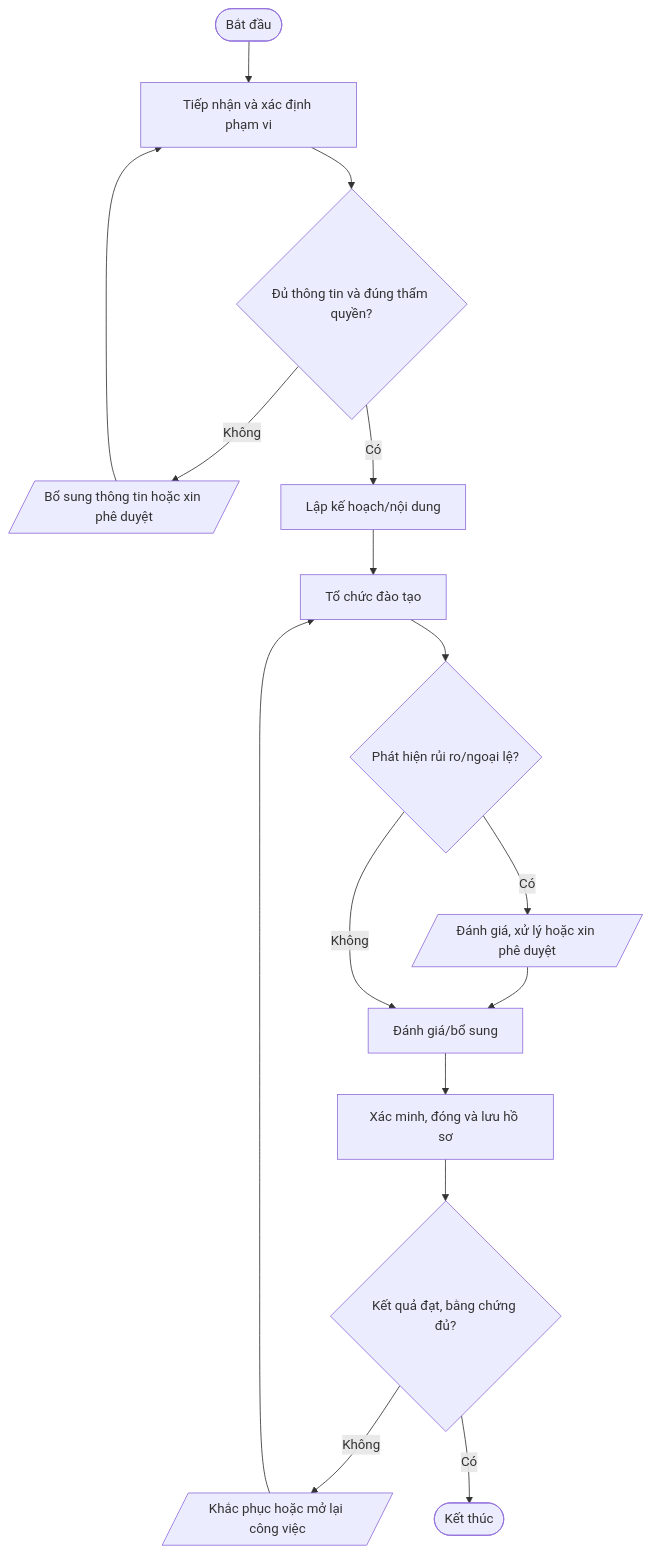
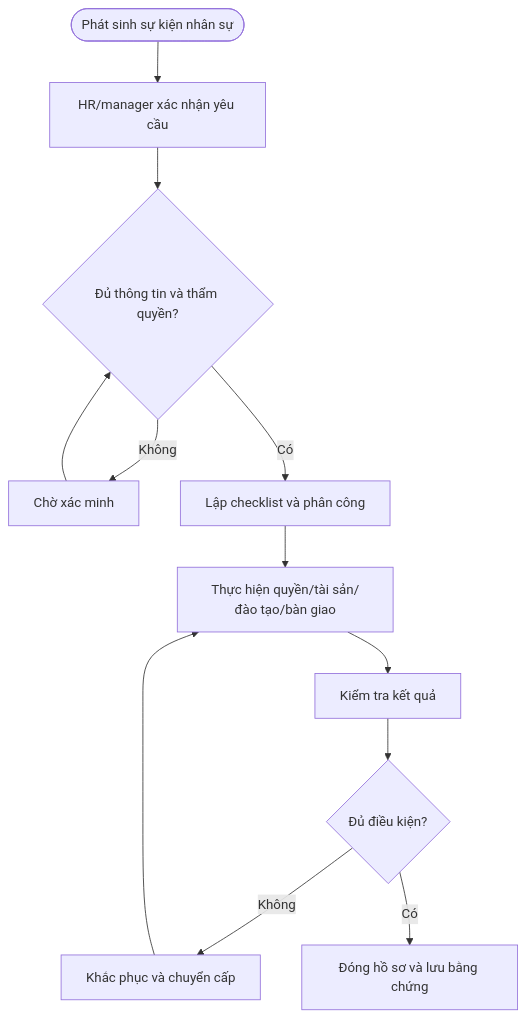
One commit to daoaigiangnam/Quy_Trinh_Chuan changed the diagram in quy-trinh/chi-tiet/QT-HR-05.md. Above: the diagram before and after it, drawn with Mermaid. The commit also changed other lines of this file, not shown here.

Commit message:
Cập nhật nội dung chi tiết QT-HR-05.md lên main

````diff
--- a/quy-trinh/chi-tiet/QT-HR-05.md
+++ b/quy-trinh/chi-tiet/QT-HR-05.md
@@ -31,18 +121,14 @@
 ```mermaid
 flowchart TD
-  A([Bắt đầu]) --> S1["Tiếp nhận và xác định phạm vi"]
-  S1 --> D1{"Đủ thông tin và đúng thẩm quyền?"}
-  D1 -- Không --> F1[/"Bổ sung thông tin hoặc xin phê duyệt"/]
-  F1 --> S1
-  D1 -- Có --> S2["Lập kế hoạch/nội dung"]
-  S2 --> S3["Tổ chức đào tạo"]
-  S3 --> D2{"Phát hiện rủi ro/ngoại lệ?"}
-  D2 -- Có --> RISK[/"Đánh giá, xử lý hoặc xin phê duyệt"/]
-  RISK --> S4["Đánh giá/bổ sung"]
-  D2 -- Không --> S4
-  S4 --> S5["Xác minh, đóng và lưu hồ sơ"]
-  S5 --> D3{"Kết quả đạt, bằng chứng đủ?"}
-  D3 -- Không --> R[/"Khắc phục hoặc mở lại công việc"/]
-  R --> S3
-  D3 -- Có --> Z([Kết thúc])
+ A([Phát sinh sự kiện nhân sự]) --> B[HR/manager xác nhận yêu cầu]
+ B --> C{Đủ thông tin và thẩm quyền?}
+ C -- Không --> D[Chờ xác minh]
+ D --> C
+ C -- Có --> E[Lập checklist và phân công]
+ E --> F[Thực hiện quyền/tài sản/đào tạo/bàn giao]
+ F --> G[Kiểm tra kết quả]
+ G --> H{Đủ điều kiện?}
+ H -- Không --> I[Khắc phục và chuyển cấp]
+ I --> F
+ H -- Có --> J[Đóng hồ sơ và lưu bằng chứng]
 ```
````
